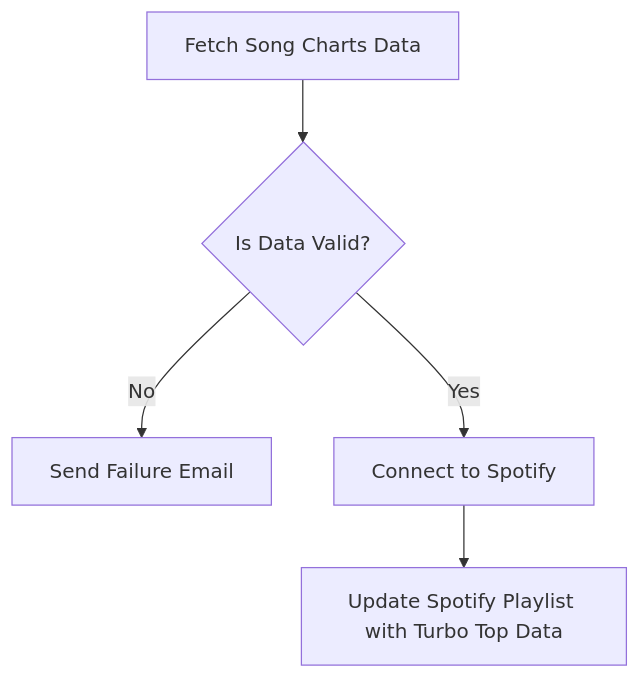
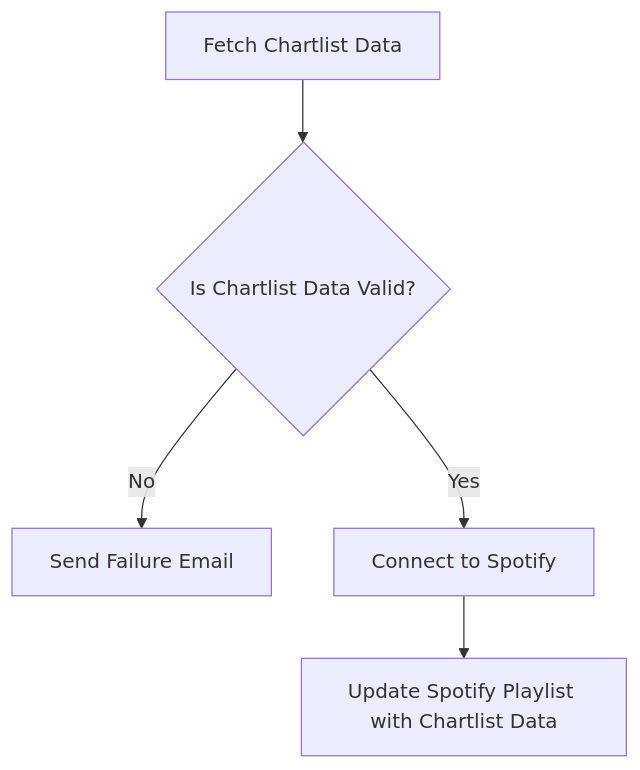
Before and after one commit to piotr-kubica/spotlistsync: the diagram in README.md, drawn with Mermaid.

````diff
--- a/README.md
+++ b/README.md
@@ -10,7 +10,7 @@
 ```mermaid
 graph TD
-    A[Fetch Song Charts Data] --> B{Is Data Valid?}
+    A[Fetch Chartlist Data] --> B{Is Chartlist Data Valid?}
     B -->|No| C[Send Failure Email]
     B -->|Yes| D[Connect to Spotify]
-    D --> E[Update Spotify Playlist with Turbo Top Data]
+    D --> E[Update Spotify Playlist with Chartlist Data]
 ```
````
